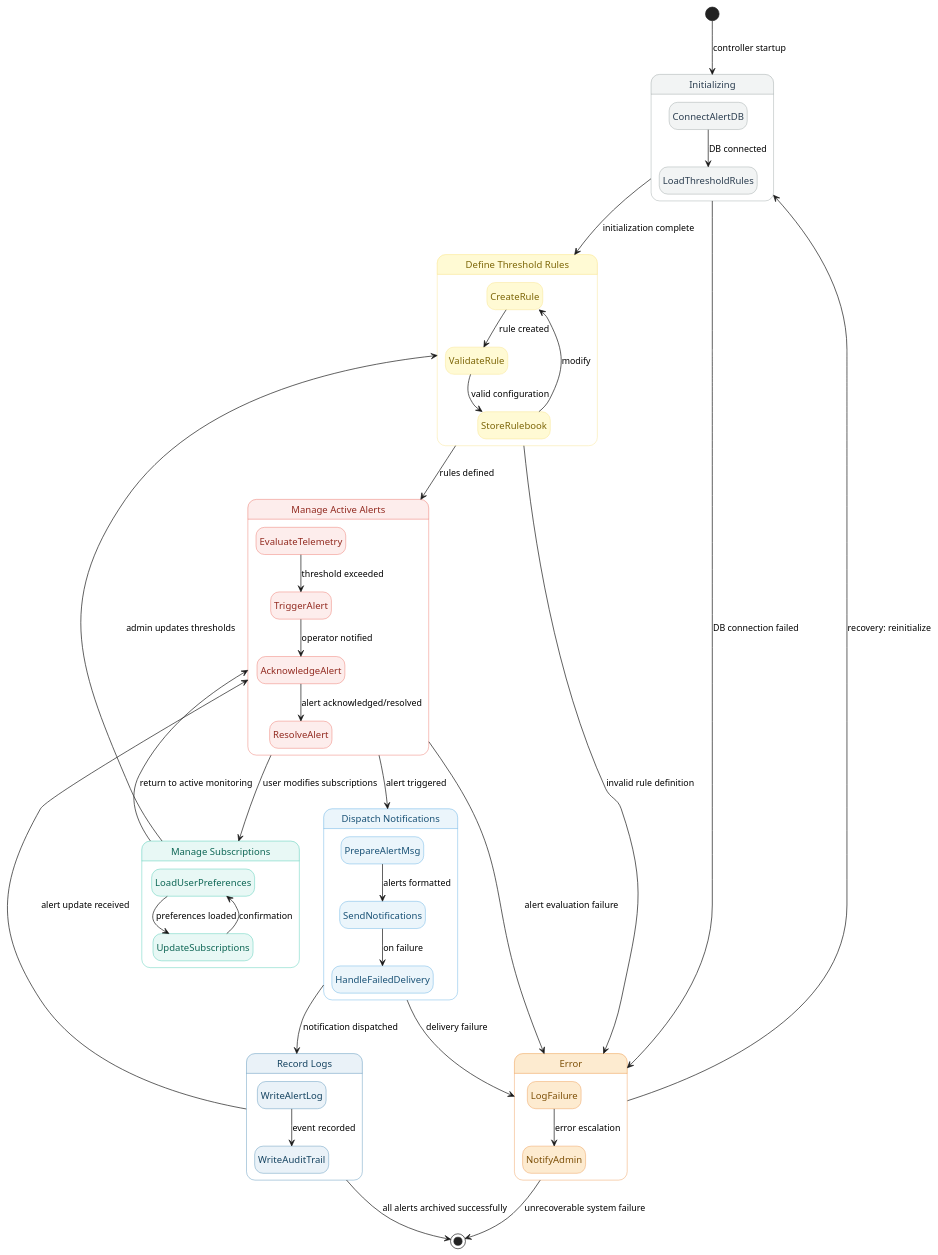
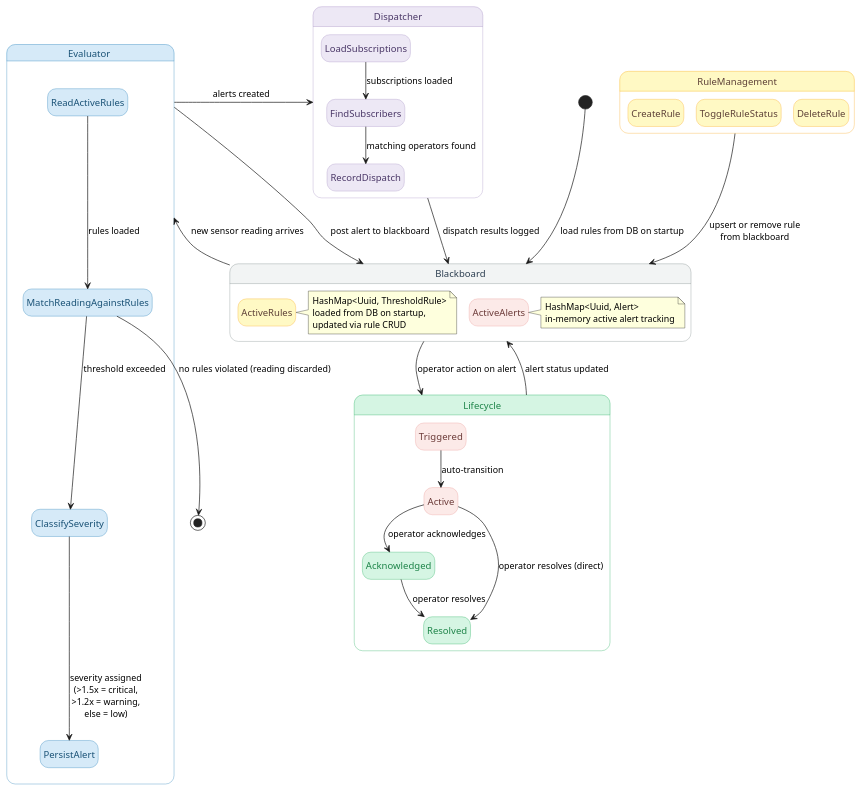
One commit to tridibbanik17/SCEMAS_UML_Diagrams changed the diagram in diagrams/statecharts/alerting_management_controller.puml. Above: the diagram before and after it, drawn with PlantUML. The commit also changed 11 other files, not shown here.

First line of the commit message:
feat: sync diagrams with implemented architecture (#2)

```diff
--- a/diagrams/statecharts/alerting_management_controller.puml
+++ b/diagrams/statecharts/alerting_management_controller.puml
@@ -1,122 +1,120 @@
-@startuml alertingmanagementcontroller
+@startuml alerting_management_controller
 hide empty description
 
-'──────────────────────────────────
-' COLOR SCHEMES
-'──────────────────────────────────
 skinparam state {
-  BackgroundColor<<init>> #F2F4F4
-  BorderColor<<init>> #7F8C8D
-  FontColor<<init>> #2C3E50
+  BackgroundColor<<idle>> #F2F4F4
+  BorderColor<<idle>> #7F8C8D
+  FontColor<<idle>> #2C3E50
 
-  BackgroundColor<<define>> #FFFAD4
-  BorderColor<<define>> #F7DC6F
-  FontColor<<define>> #7D6608
+  BackgroundColor<<evaluate>> #D6EAF8
+  BorderColor<<evaluate>> #2980B9
+  FontColor<<evaluate>> #1A5276
 
-  BackgroundColor<<active>> #FDEDEC
-  BorderColor<<active>> #E74C3C
-  FontColor<<active>> #922B21
+  BackgroundColor<<alert>> #FCEAE8
+  BorderColor<<alert>> #ea9a97
+  FontColor<<alert>> #6B3A38
 
-  BackgroundColor<<notify>> #EBF5FB
-  BorderColor<<notify>> #3498DB
-  FontColor<<notify>> #1A5276
+  BackgroundColor<<dispatch>> #EDE8F5
+  BorderColor<<dispatch>> #a692c3
+  FontColor<<dispatch>> #4A3767
 
-  BackgroundColor<<subscribe>> #E8F8F5
-  BorderColor<<subscribe>> #1ABC9C
-  FontColor<<subscribe>> #0E6655
+  BackgroundColor<<lifecycle>> #D5F5E3
+  BorderColor<<lifecycle>> #27AE60
+  FontColor<<lifecycle>> #1E8449
 
-  BackgroundColor<<log>> #EAF2F8
-  BorderColor<<log>> #2471A3
-  FontColor<<log>> #154360
-
-  BackgroundColor<<error>> #FDEBD0
-  BorderColor<<error>> #E67E22
-  FontColor<<error>> #7E5109
+  BackgroundColor<<rule>> #FFF9C4
+  BorderColor<<rule>> #F9A825
+  FontColor<<rule>> #5D4037
 
   StartColor black
   EndColor black
 }
 
-'──────────────────────────────────
-' MAIN LIFECYCLE
-'──────────────────────────────────
+' ──────────────────────────────────
+' BLACKBOARD SHARED STATE
+' ──────────────────────────────────
 
-state "Initializing" as INIT <<init>> {
-  state "ConnectAlertDB" as CAD <<init>>
-  state "LoadThresholdRules" as LTR <<init>>
-  CAD --> LTR : DB connected
+state "Blackboard" as BB <<idle>> {
+  state "ActiveRules" as AR <<rule>>
+  state "ActiveAlerts" as AA <<alert>>
+  note right of AR
+    HashMap<Uuid, ThresholdRule>
+    loaded from DB on startup,
+    updated via rule CRUD
+  end note
+  note right of AA
+    HashMap<Uuid, Alert>
+    in-memory active alert tracking
+  end note
 }
 
-state "Define Threshold Rules" as DTR <<define>> {
-  state "CreateRule" as CR <<define>>
-  state "ValidateRule" as VR <<define>>
-  state "StoreRulebook" as SR <<define>>
-  CR --> VR : rule created
-  VR --> SR : valid configuration
-  SR --> CR : modify
+' ──────────────────────────────────
+' KNOWLEDGE SOURCE 1: EVALUATOR
+' ──────────────────────────────────
+
+state "Evaluator" as EVAL <<evaluate>> {
+  state "ReadActiveRules" as RAR <<evaluate>>
+  state "MatchReadingAgainstRules" as MAR <<evaluate>>
+  state "ClassifySeverity" as CS <<evaluate>>
+  state "PersistAlert" as PA <<evaluate>>
+  RAR --> MAR : rules loaded
+  MAR --> CS : threshold exceeded
+  CS --> PA : severity assigned\n(>1.5x = critical,\n>1.2x = warning,\nelse = low)
 }
 
-state "Manage Active Alerts" as MA <<active>> {
-  state "EvaluateTelemetry" as ET <<active>>
-  state "TriggerAlert" as TA <<active>>
-  state "AcknowledgeAlert" as AA <<active>>
-  state "ResolveAlert" as RA <<active>>
-  ET --> TA : threshold exceeded
-  TA --> AA : operator notified
-  AA --> RA : alert acknowledged/resolved
+' ──────────────────────────────────
+' KNOWLEDGE SOURCE 2: DISPATCHER
+' ──────────────────────────────────
+
+state "Dispatcher" as DISP <<dispatch>> {
+  state "LoadSubscriptions" as LS <<dispatch>>
+  state "FindSubscribers" as FS <<dispatch>>
+  state "RecordDispatch" as RD <<dispatch>>
+  LS --> FS : subscriptions loaded
+  FS --> RD : matching operators found
 }
 
-state "Manage Subscriptions" as MS <<subscribe>> {
-  state "LoadUserPreferences" as LUP <<subscribe>>
-  state "UpdateSubscriptions" as US <<subscribe>>
-  LUP --> US : preferences loaded
-  US --> LUP : confirmation
+' ──────────────────────────────────
+' KNOWLEDGE SOURCE 3: LIFECYCLE
+' ──────────────────────────────────
+
+state "Lifecycle" as LC <<lifecycle>> {
+  state "Triggered" as T <<alert>>
+  state "Active" as ACT <<alert>>
+  state "Acknowledged" as ACK <<lifecycle>>
+  state "Resolved" as RES <<lifecycle>>
+  T --> ACT : auto-transition
+  ACT --> ACK : operator acknowledges
+  ACT --> RES : operator resolves (direct)
+  ACK --> RES : operator resolves
 }
 
-state "Dispatch Notifications" as DN <<notify>> {
-  state "PrepareAlertMsg" as PAM <<notify>>
-  state "SendNotifications" as SN <<notify>>
-  state "HandleFailedDelivery" as HFD <<notify>>
-  PAM --> SN : alerts formatted
-  SN --> HFD : on failure
+' ──────────────────────────────────
+' TRANSITIONS
+' ──────────────────────────────────
+
+[*] --> BB : load rules from DB on startup
+
+BB --> EVAL : new sensor reading arrives
+EVAL --> BB : post alert to blackboard
+EVAL --> DISP : alerts created
+DISP --> BB : dispatch results logged
+
+BB --> LC : operator action on alert
+LC --> BB : alert status updated
+
+MAR --> [*] : no rules violated (reading discarded)
+
+' ──────────────────────────────────
+' RULE MANAGEMENT (admin path)
+' ──────────────────────────────────
+
+state "RuleManagement" as RM <<rule>> {
+  state "CreateRule" as CR <<rule>>
+  state "ToggleRuleStatus" as TRS <<rule>>
+  state "DeleteRule" as DR <<rule>>
 }
 
-state "Record Logs" as RL <<log>> {
-  state "WriteAlertLog" as WAL <<log>>
-  state "WriteAuditTrail" as WAT <<log>>
-  WAL --> WAT : event recorded
-}
-
-state "Error" as ERR <<error>> {
-  state "LogFailure" as LF <<error>>
-  state "NotifyAdmin" as NA <<error>>
-  LF --> NA : error escalation
-}
-
-'──────────────────────────────────
-' TRANSITIONS
-'──────────────────────────────────
-
-[*] --> INIT : controller startup
-
-INIT --> DTR : initialization complete
-INIT --> ERR : DB connection failed
-
-DTR --> MA : rules defined
-MA --> DN : alert triggered
-DN --> RL : notification dispatched
-RL --> MA : alert update received
-
-MA --> ERR : alert evaluation failure
-DTR --> ERR : invalid rule definition
-DN --> ERR : delivery failure
-
-MA --> MS : user modifies subscriptions
-MS --> DTR : admin updates thresholds
-MS --> MA : return to active monitoring
-
-RL --> [*] : all alerts archived successfully
-ERR --> INIT : recovery: reinitialize
-ERR --> [*] : unrecoverable system failure
+RM --> BB : upsert or remove rule\nfrom blackboard
 
 @enduml
```
